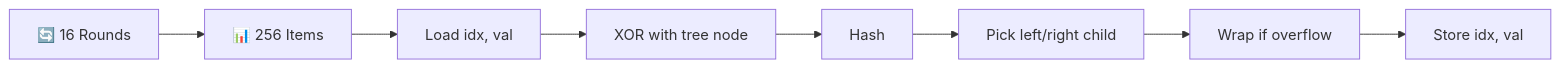
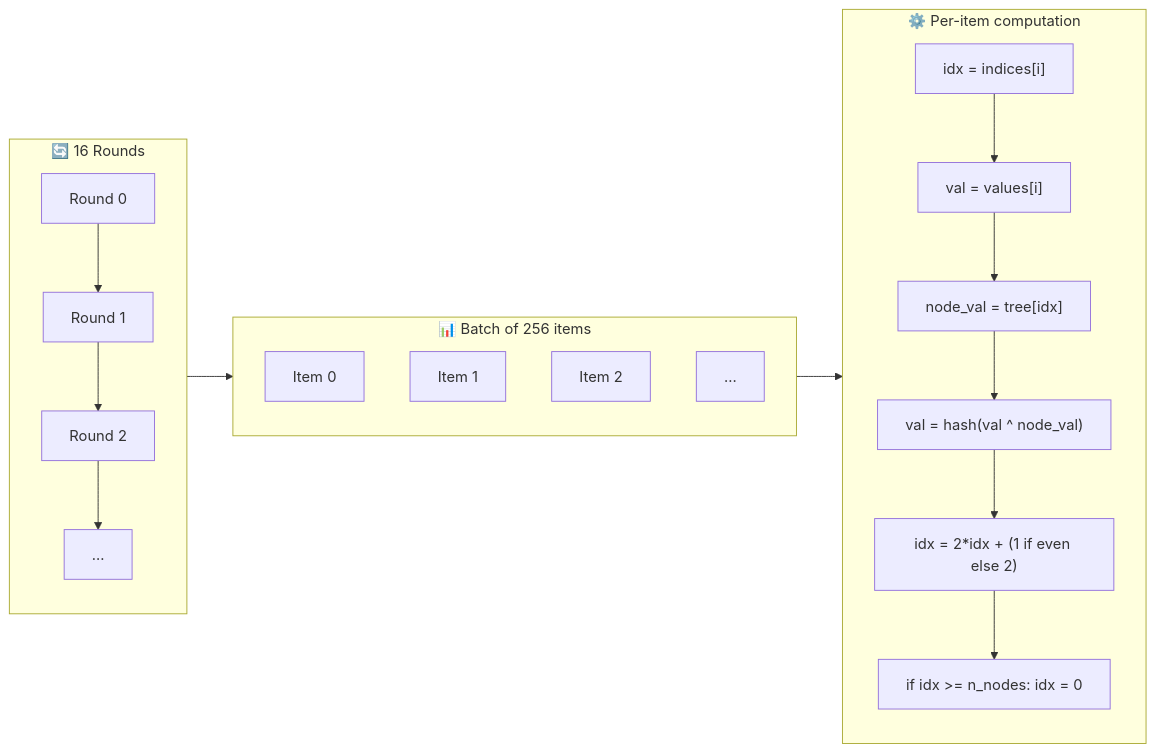
Before and after one commit to trirpi/trirpi.github.io: the third of 4 diagrams in content/posts/anthropic-performance-takehome-deep-dive.md, drawn with Mermaid. The commit also changed other lines of this file, not shown here.

Commit message:
Restore diagram details, keep horizontal layout

````diff
--- a/content/posts/anthropic-performance-takehome-deep-dive.md
+++ b/content/posts/anthropic-performance-takehome-deep-dive.md
@@ -100,10 +118,24 @@
 ```mermaid
 flowchart LR
-    ROUNDS["🔄 16 Rounds"] --> BATCH["📊 256 Items"]
-    BATCH --> A1["Load idx, val"]
-    A1 --> A2["XOR with tree node"]
-    A2 --> A3["Hash"]
-    A3 --> A4["Pick left/right child"]
-    A4 --> A5["Wrap if overflow"]
-    A5 --> STORE["Store idx, val"]
+    subgraph rounds["🔄 16 Rounds"]
+        R0["Round 0"] --> R1["Round 1"] --> R2["Round 2"] --> RN["..."]
+    end
+    
+    subgraph batch["📊 Batch of 256 items"]
+        B0["Item 0"]
+        B1["Item 1"]
+        B2["Item 2"]
+        BN["..."]
+    end
+    
+    subgraph ALGO["⚙️ Per-item computation"]
+        A1["idx = indices[i]"] --> A2["val = values[i]"]
+        A2 --> A3["node_val = tree[idx]"]
+        A3 --> A4["val = hash(val ^ node_val)"]
+        A4 --> A5["idx = 2*idx + (1 if even else 2)"]
+        A5 --> A6["if idx >= n_nodes: idx = 0"]
+    end
+    
+    rounds --> batch
+    batch --> ALGO
 ```
````
